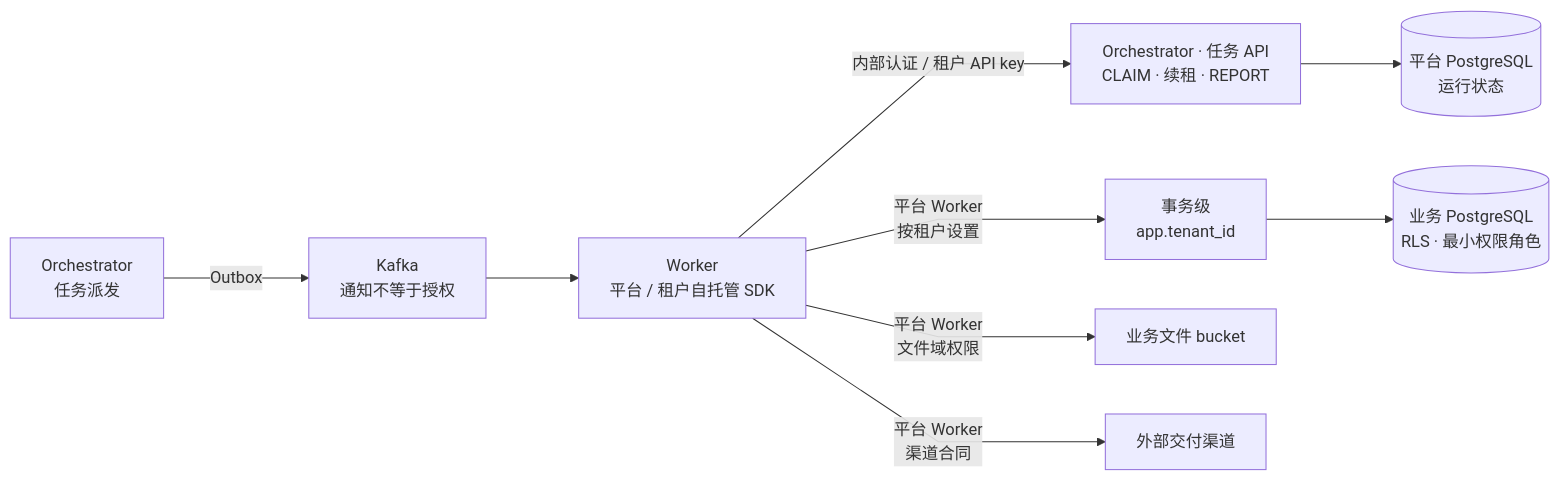
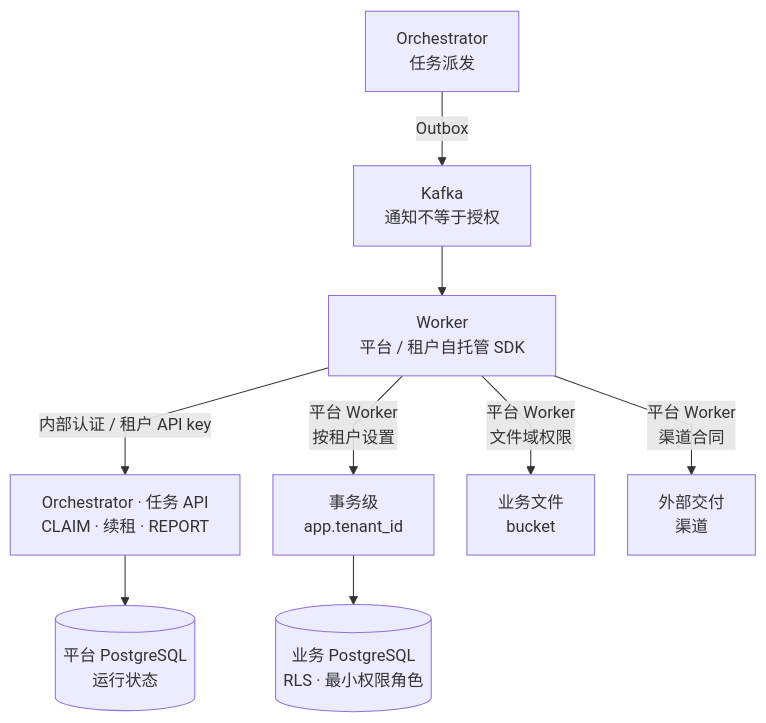
The second of 2 diagrams in docs/architecture/security-model.md (pinpols/file-batch-system), drawn with Mermaid before and after one commit. The commit also changed other lines of this file and 3 other files, not shown here.

Commit message:
docs: align architecture diagram presentation

````diff
--- a/docs/architecture/security-model.md
+++ b/docs/architecture/security-model.md
@@ -47,12 +47,12 @@
 ```mermaid
-%%{init: {"flowchart":{"curve":"linear","nodeSpacing":48,"rankSpacing":90}}}%%
-flowchart LR
+%%{init: {"flowchart":{"curve":"linear","nodeSpacing":32,"rankSpacing":48},"sequence":{"mirrorActors":false}}}%%
+flowchart TB
   DISP["Orchestrator<br/>任务派发"] -->|"Outbox"| K["Kafka<br/>通知不等于授权"]
   K --> W["Worker<br/>平台 / 租户自托管 SDK"]
   W -->|"内部认证 / 租户 API key"| API["Orchestrator · 任务 API<br/>CLAIM · 续租 · REPORT"]
   API --> PG[("平台 PostgreSQL<br/>运行状态")]
   W -->|"平台 Worker<br/>按租户设置"| R["事务级<br/>app.tenant_id"]
   R --> BP[("业务 PostgreSQL<br/>RLS · 最小权限角色")]
-  W -->|"平台 Worker<br/>文件域权限"| BF["业务文件 bucket"]
-  W -->|"平台 Worker<br/>渠道合同"| X["外部交付渠道"]
+  W -->|"平台 Worker<br/>文件域权限"| BF["业务文件<br/>bucket"]
+  W -->|"平台 Worker<br/>渠道合同"| X["外部交付<br/>渠道"]
 ```
````
